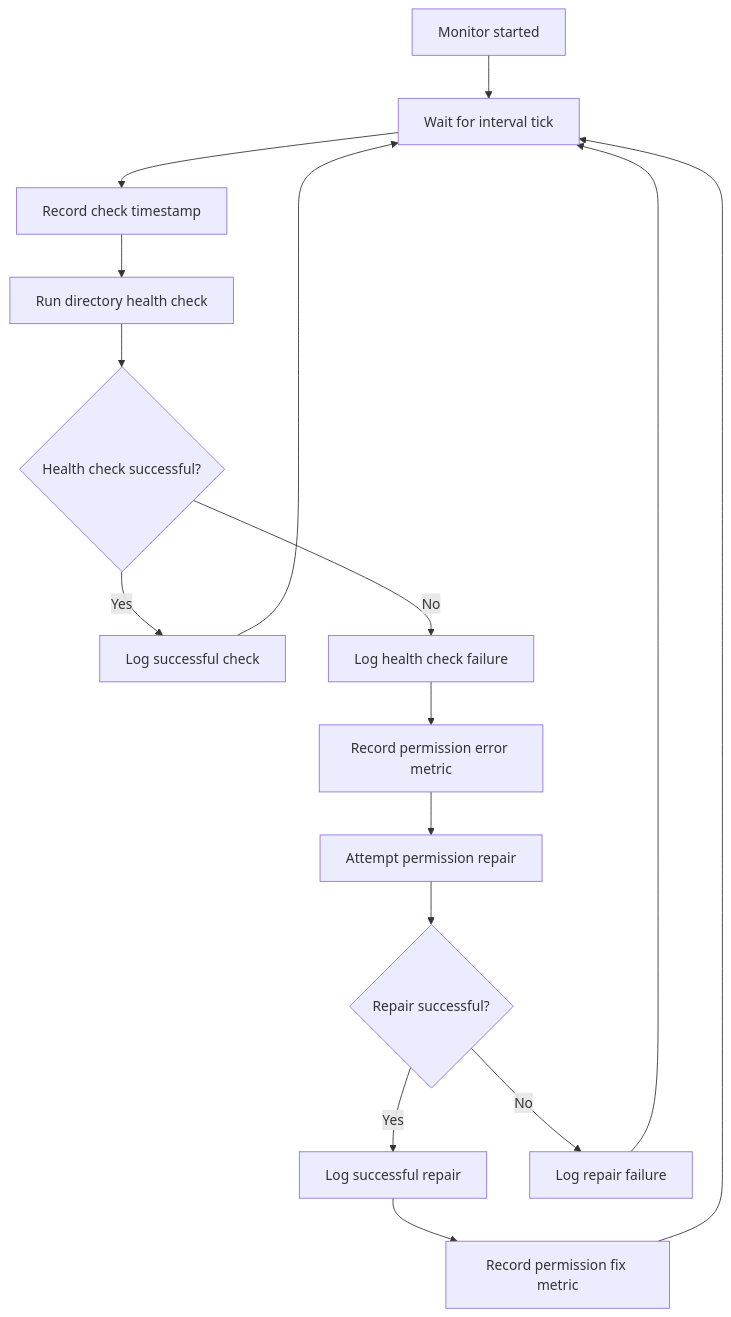
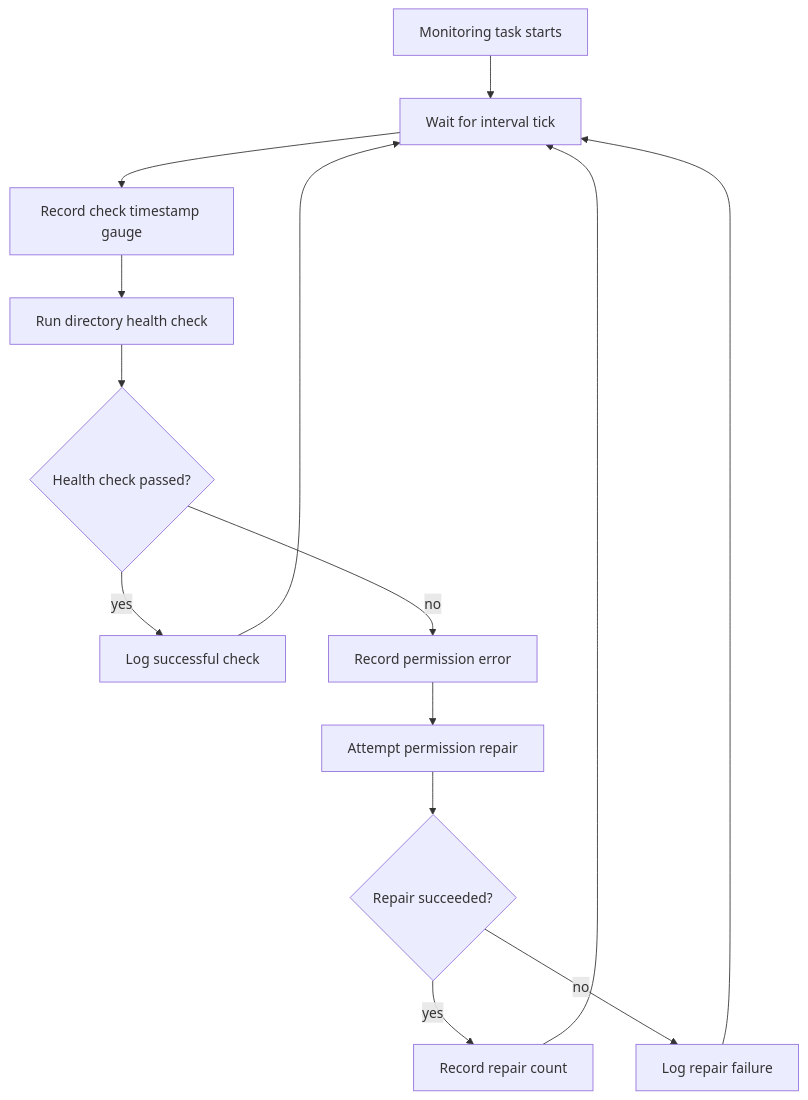
The second of 3 diagrams in docs/reference/architecture/openframe-client-core/monitoring-permissions/monitoring-permissions.md (flamingo-stack/openframe-oss-tenant), drawn with Mermaid before and after one commit. The commit also changed other lines of this file and 2377 other files, not shown here.

````diff
--- a/docs/reference/architecture/openframe-client-core/monitoring-permissions/monitoring-permissions.md
+++ b/docs/reference/architecture/openframe-client-core/monitoring-permissions/monitoring-permissions.md
@@ -48,18 +45,16 @@
 ```mermaid
 flowchart TD
-    Start["Monitor started"] --> Wait["Wait for interval tick"]
-    Wait --> Timestamp["Record check timestamp"]
-    Timestamp --> HealthCheck["Run directory health check"]
-    HealthCheck --> Healthy{"Health check successful?"}
-    Healthy -->|"Yes"| SuccessLog["Log successful check"]
-    SuccessLog --> Wait
-    Healthy -->|"No"| ErrorLog["Log health check failure"]
-    ErrorLog --> ErrorMetric["Record permission error metric"]
-    ErrorMetric --> Repair["Attempt permission repair"]
-    Repair --> Repaired{"Repair successful?"}
-    Repaired -->|"Yes"| RepairLog["Log successful repair"]
-    RepairLog --> RepairMetric["Record permission fix metric"]
-    RepairMetric --> Wait
-    Repaired -->|"No"| RepairErrorLog["Log repair failure"]
-    RepairErrorLog --> Wait
+    Start["Monitoring task starts"] --> Wait["Wait for interval tick"]
+    Wait --> Timestamp["Record check timestamp gauge"]
+    Timestamp --> Check["Run directory health check"]
+    Check --> Decision{"Health check passed?"}
+    Decision -->|"yes"| Success["Log successful check"]
+    Success --> Wait
+    Decision -->|"no"| ErrorMetric["Record permission error"]
+    ErrorMetric --> Fix["Attempt permission repair"]
+    Fix --> Fixed{"Repair succeeded?"}
+    Fixed -->|"yes"| FixMetric["Record repair count"]
+    Fixed -->|"no"| FixError["Log repair failure"]
+    FixMetric --> Wait
+    FixError --> Wait
 ```
````
